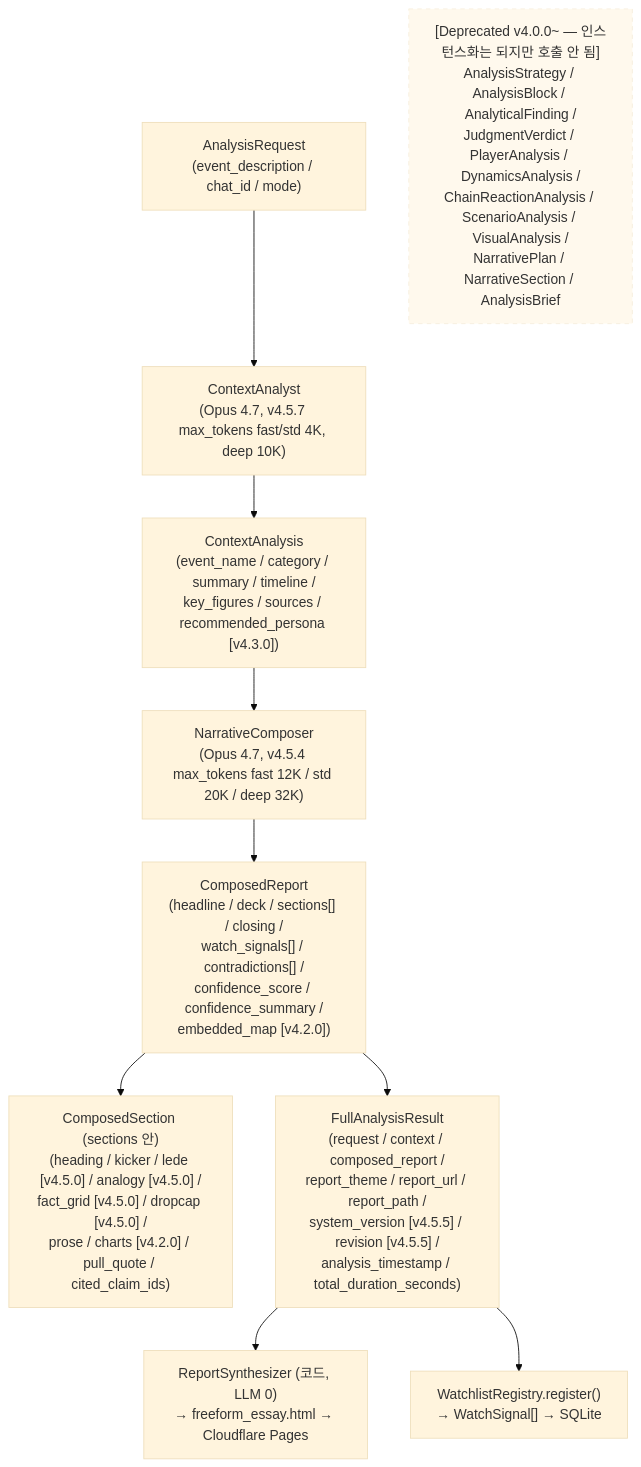
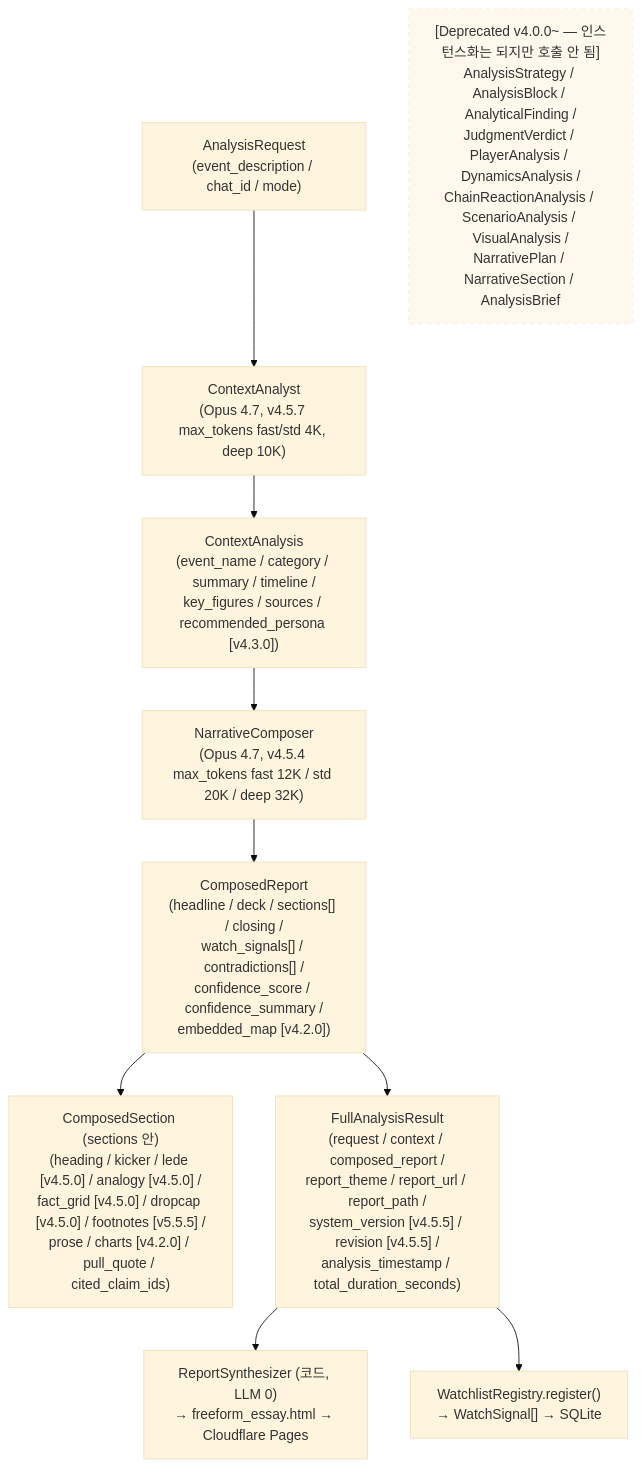
Before and after one commit to doroper98/agents_reviewer: the diagram in docs/DATA_MODELS.md, drawn with Mermaid (base theme). The commit also changed other lines of this file and 10 other files, not shown here.

````diff
--- a/docs/DATA_MODELS.md
+++ b/docs/DATA_MODELS.md
@@ -27,15 +29,15 @@
 ```mermaid
 flowchart TD
     REQ["AnalysisRequest<br/>(event_description / chat_id / mode)"] --> CTX["ContextAnalyst<br/>(Opus 4.7, v4.5.7 max_tokens fast/std 4K, deep 10K)"]
     CTX --> CTXA["ContextAnalysis<br/>(event_name / category / summary / timeline /<br/>key_figures / sources / recommended_persona [v4.3.0])"]
     CTXA --> COMP["NarrativeComposer<br/>(Opus 4.7, v4.5.4 max_tokens fast 12K / std 20K / deep 32K)"]
     COMP --> CR["ComposedReport<br/>(headline / deck / sections[] / closing /<br/>watch_signals[] / contradictions[] /<br/>confidence_score / confidence_summary /<br/>embedded_map [v4.2.0])"]
-    CR --> SECS["ComposedSection (sections 안)<br/>(heading / kicker / lede [v4.5.0] / analogy [v4.5.0] /<br/>fact_grid [v4.5.0] / dropcap [v4.5.0] /<br/>prose / charts [v4.2.0] / pull_quote / cited_claim_ids)"]
+    CR --> SECS["ComposedSection (sections 안)<br/>(heading / kicker / lede [v4.5.0] / analogy [v4.5.0] /<br/>fact_grid [v4.5.0] / dropcap [v4.5.0] / footnotes [v5.5.5] /<br/>prose / charts [v4.2.0] / pull_quote / cited_claim_ids)"]
     CR --> FULL["FullAnalysisResult<br/>(request / context / composed_report /<br/>report_theme / report_url / report_path /<br/>system_version [v4.5.5] / revision [v4.5.5] /<br/>analysis_timestamp / total_duration_seconds)"]
     FULL --> SYNTH["ReportSynthesizer (코드, LLM 0)<br/>→ freeform_essay.html → Cloudflare Pages"]
     FULL --> WL["WatchlistRegistry.register()<br/>→ WatchSignal[] → SQLite"]
 
     %% Deprecated v3.x 모델 — 호출 안 됨
     DEPR["[Deprecated v4.0.0~ — 인스턴스화는 되지만 호출 안 됨]<br/>AnalysisStrategy / AnalysisBlock / AnalyticalFinding /<br/>JudgmentVerdict / PlayerAnalysis / DynamicsAnalysis /<br/>ChainReactionAnalysis / ScenarioAnalysis / VisualAnalysis /<br/>NarrativePlan / NarrativeSection / AnalysisBrief"]
     style DEPR stroke-dasharray: 5 5,opacity:0.5
 ```
````
